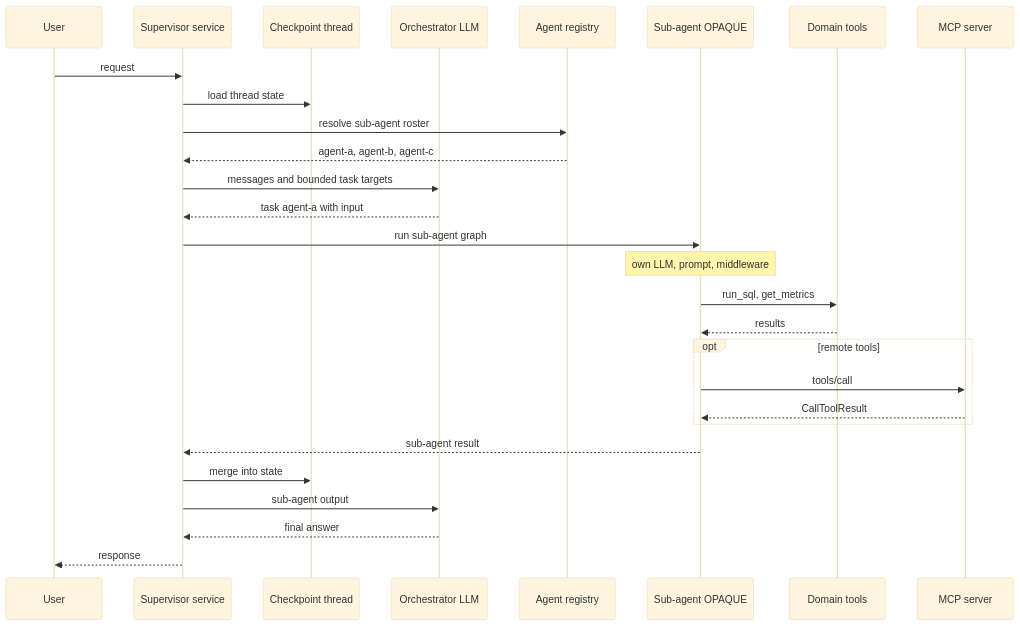
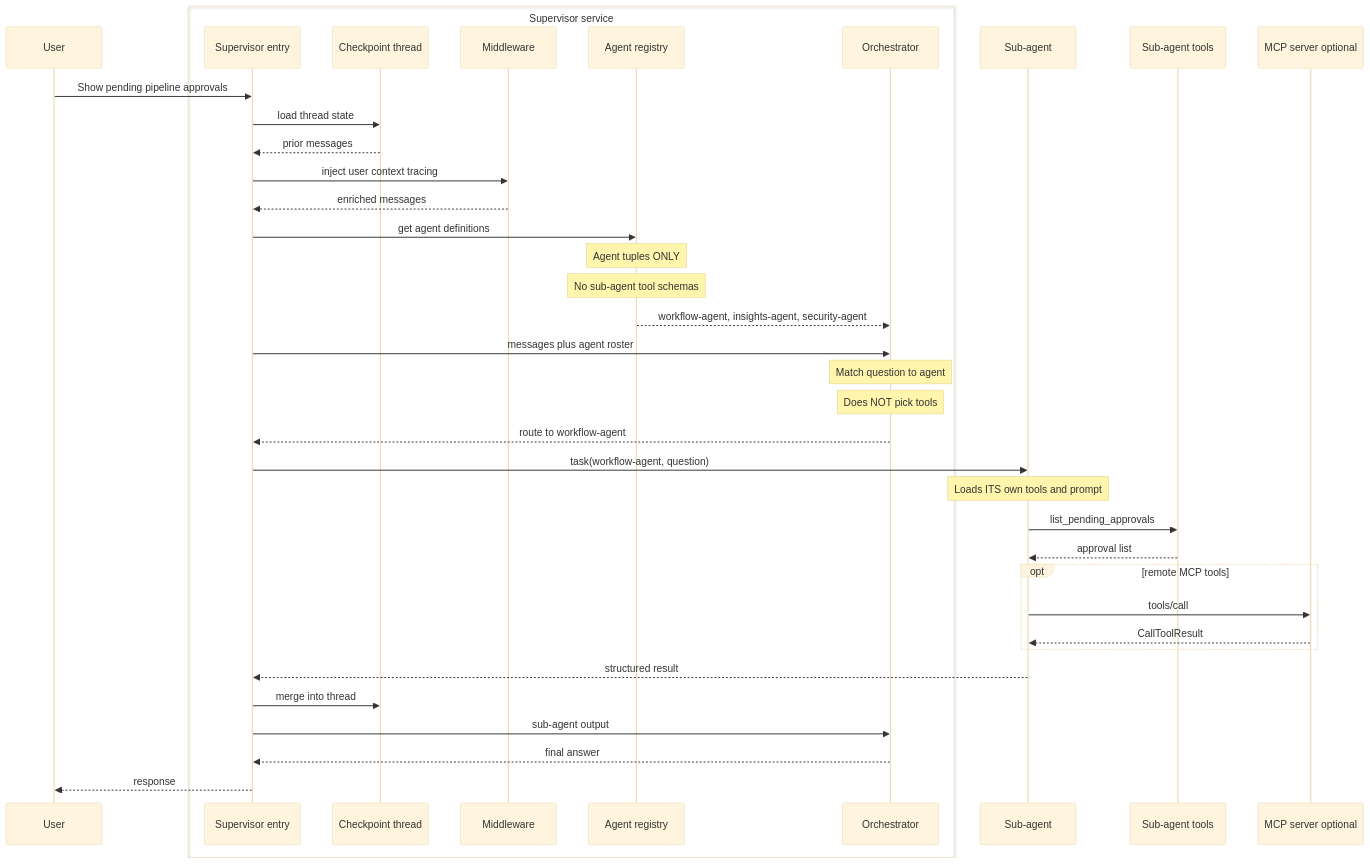
Before and after one commit to modelcontextprotocol/agents-wg: the first of 2 diagrams in docs/research/deep_agent_mcp_analysis.md, drawn with Mermaid (base theme). The commit also changed other lines of this file, not shown here.

First line of the commit message:
Revise deep agent vs MCP agents analysis

````diff
--- a/docs/research/deep_agent_mcp_analysis.md
+++ b/docs/research/deep_agent_mcp_analysis.md
@@ -58,35 +150,50 @@
 ```mermaid
 sequenceDiagram
     participant User
-    participant App as Supervisor service
-    participant CK as Checkpoint thread
-    participant Orch as Orchestrator LLM
-    participant Reg as Agent registry
-    participant Sub as Sub-agent OPAQUE
-    participant Dom as Domain tools
-    participant MCP as MCP server
 
-    User->>App: request
-    App->>CK: load thread state
-    App->>Reg: resolve sub-agent roster
-    Reg-->>App: agent-a, agent-b, agent-c
+    box Supervisor service
+        participant Entry as Supervisor entry
+        participant CK as Checkpoint thread
+        participant MW as Middleware
+        participant Reg as Agent registry
+        participant Orch as Orchestrator
+    end
 
-    App->>Orch: messages and bounded task targets
-    Orch-->>App: task agent-a with input
+    participant Sub as Sub-agent
+    participant Tools as Sub-agent tools
+    participant MCP as MCP server optional
 
-    App->>Sub: run sub-agent graph
-    Note over Sub: own LLM, prompt, middleware
-    Sub->>Dom: run_sql, get_metrics
-    Dom-->>Sub: results
+    User->>Entry: Show pending pipeline approvals
+    Entry->>CK: load thread state
+    CK-->>Entry: prior messages
 
-    opt remote tools
+    Entry->>MW: inject user context tracing
+    MW-->>Entry: enriched messages
+
+    Entry->>Reg: get agent definitions
+    Note over Reg: Agent tuples ONLY
+    Note over Reg: No sub-agent tool schemas
+    Reg-->>Orch: workflow-agent, insights-agent, security-agent
+
+    Entry->>Orch: messages plus agent roster
+    Note over Orch: Match question to agent
+    Note over Orch: Does NOT pick tools
+    Orch-->>Entry: route to workflow-agent
+
+    Entry->>Sub: task(workflow-agent, question)
+
+    Note over Sub: Loads ITS own tools and prompt
+    Sub->>Tools: list_pending_approvals
+    Tools-->>Sub: approval list
+
+    opt remote MCP tools
         Sub->>MCP: tools/call
         MCP-->>Sub: CallToolResult
     end
 
-    Sub-->>App: sub-agent result
-    App->>CK: merge into state
-    App->>Orch: sub-agent output
-    Orch-->>App: final answer
-    App-->>User: response
+    Sub-->>Entry: structured result
+    Entry->>CK: merge into thread
+    Entry->>Orch: sub-agent output
+    Orch-->>Entry: final answer
+    Entry-->>User: response
 ```
````
